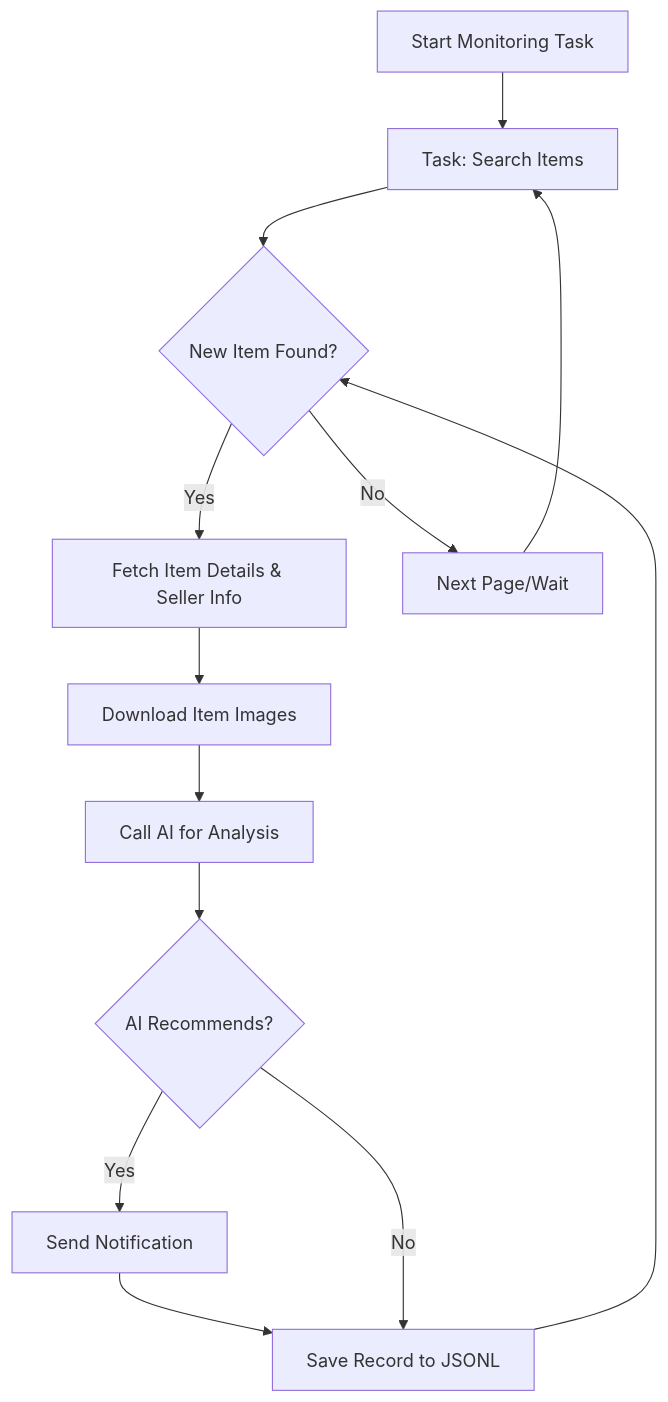
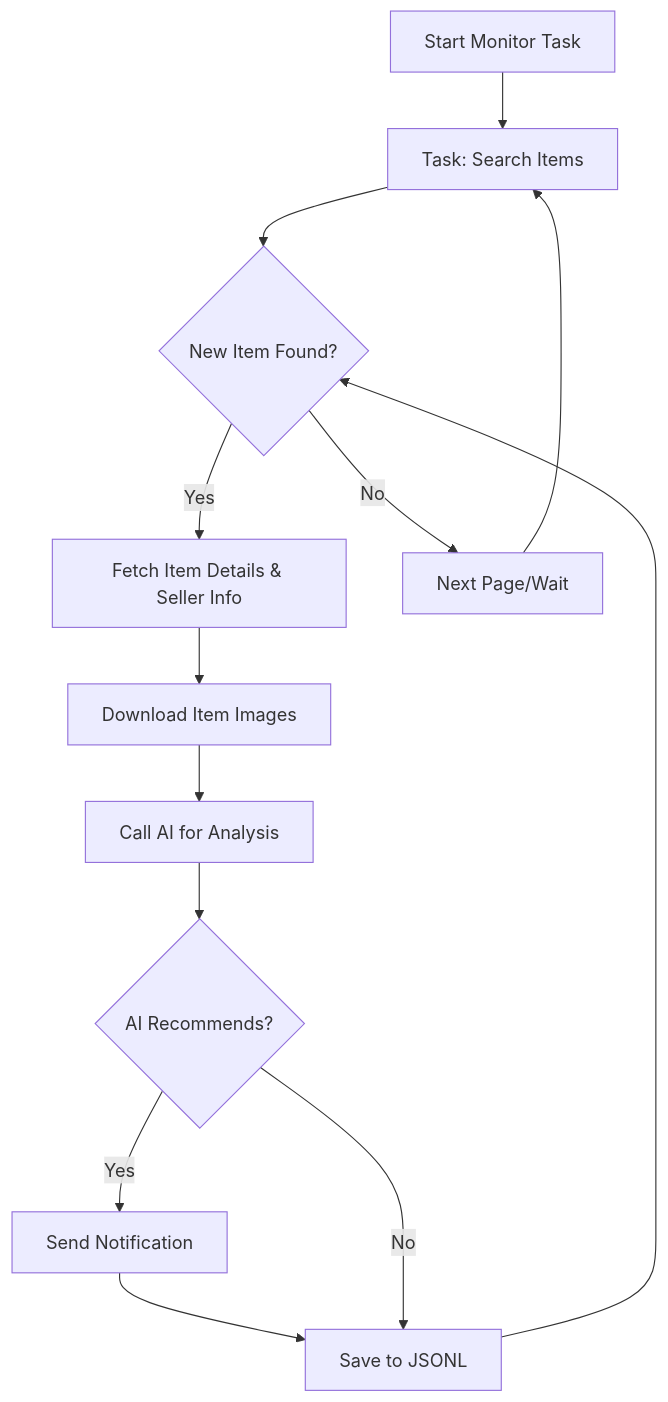
The diagram in docs/dingyufei615-ai-goofish-monitor.md (saurav-z/repo-docs), drawn with Mermaid before and after one commit. The commit also changed other lines of this file and 219 other files, not shown here.

````diff
--- a/docs/dingyufei615-ai-goofish-monitor.md
+++ b/docs/dingyufei615-ai-goofish-monitor.md
@@ -203,15 +24,15 @@
 ```mermaid
 graph TD
-    A[Start Monitoring Task] --> B[Task: Search Items];
+    A[Start Monitor Task] --> B[Task: Search Items];
     B --> C{New Item Found?};
     C -- Yes --> D[Fetch Item Details & Seller Info];
     D --> E[Download Item Images];
     E --> F[Call AI for Analysis];
     F --> G{AI Recommends?};
     G -- Yes --> H[Send Notification];
-    H --> I[Save Record to JSONL];
+    H --> I[Save to JSONL];
     G -- No --> I;
     C -- No --> J[Next Page/Wait];
     J --> B;
     I --> C;
 ```
````
